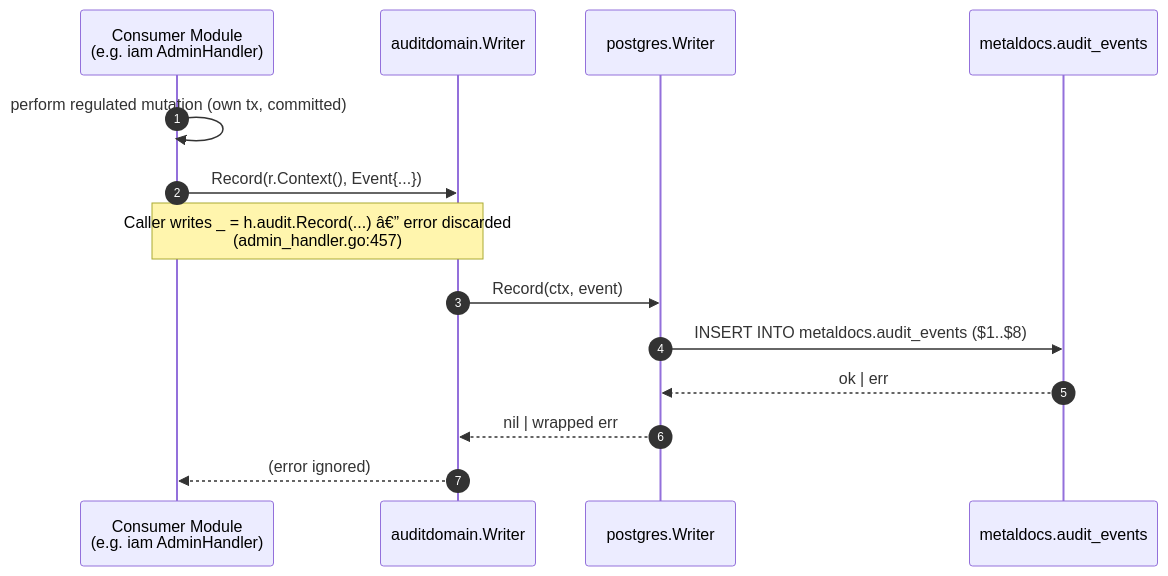
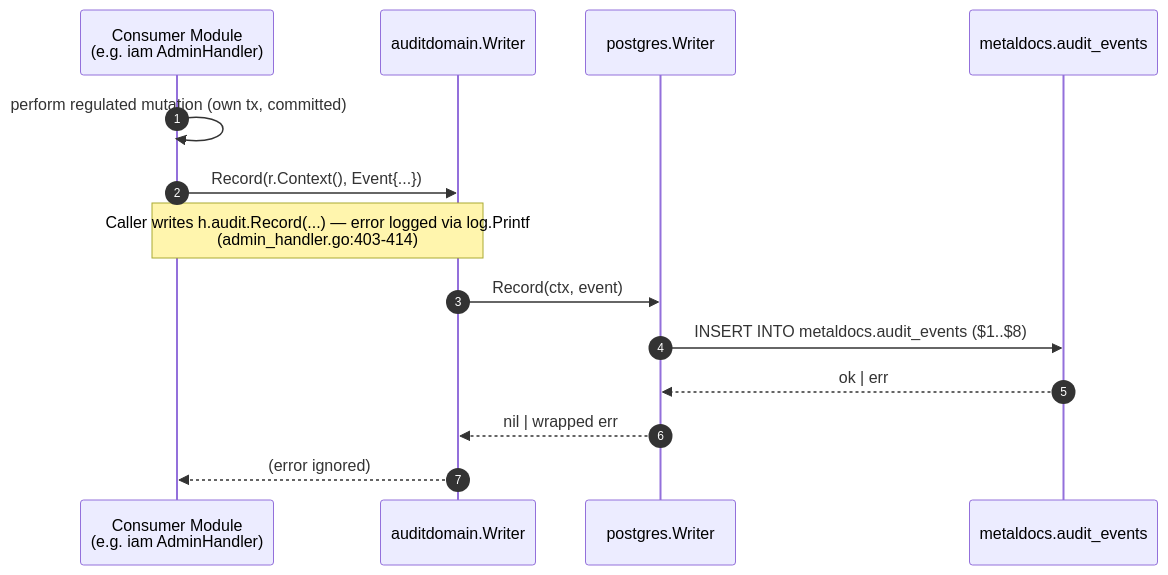
Before and after one commit to developmentconexus-ops/MetalDocs: the third of 5 diagrams in wiki/modules/audit.md, drawn with Mermaid. The commit also changed other lines of this file and 79 other files, not shown here.

````diff
--- a/wiki/modules/audit.md
+++ b/wiki/modules/audit.md
@@ -178,16 +186,16 @@
 ```mermaid
 sequenceDiagram
     autonumber
     participant Caller as Consumer Module<br/>(e.g. iam AdminHandler)
     participant W as auditdomain.Writer
     participant PG as postgres.Writer
     participant DB as metaldocs.audit_events
     Caller->>Caller: perform regulated mutation (own tx, committed)
     Caller->>W: Record(r.Context(), Event{...})
-    Note over Caller,W: Caller writes _ = h.audit.Record(...) â€” error discarded<br/>(admin_handler.go:457)
+    Note over Caller,W: Caller writes h.audit.Record(...) — error logged via log.Printf<br/>(admin_handler.go:403-414)
     W->>PG: Record(ctx, event)
     PG->>DB: INSERT INTO metaldocs.audit_events ($1..$8)
     DB-->>PG: ok | err
     PG-->>W: nil | wrapped err
     W-->>Caller: (error ignored)
 ```
````
